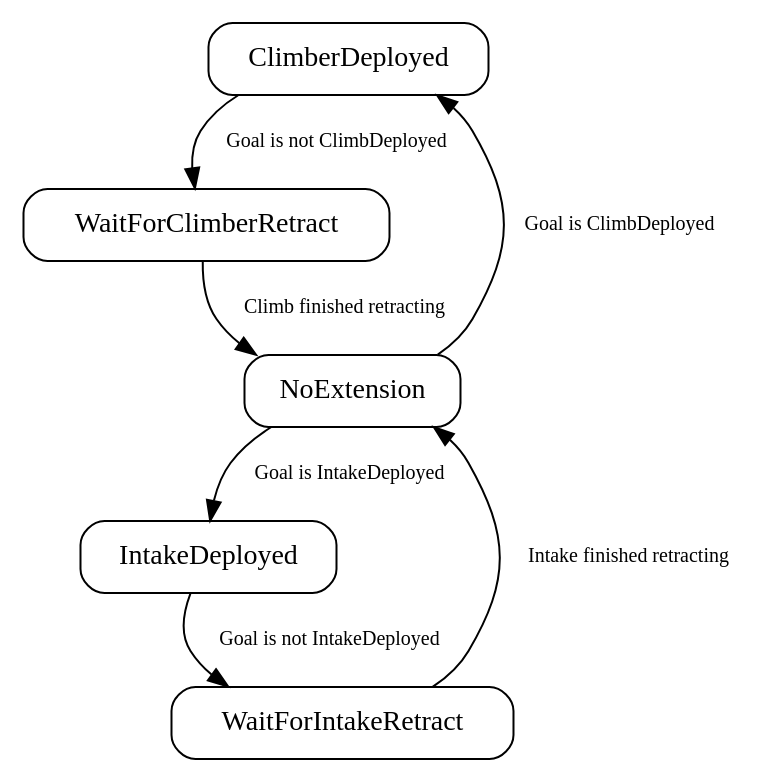
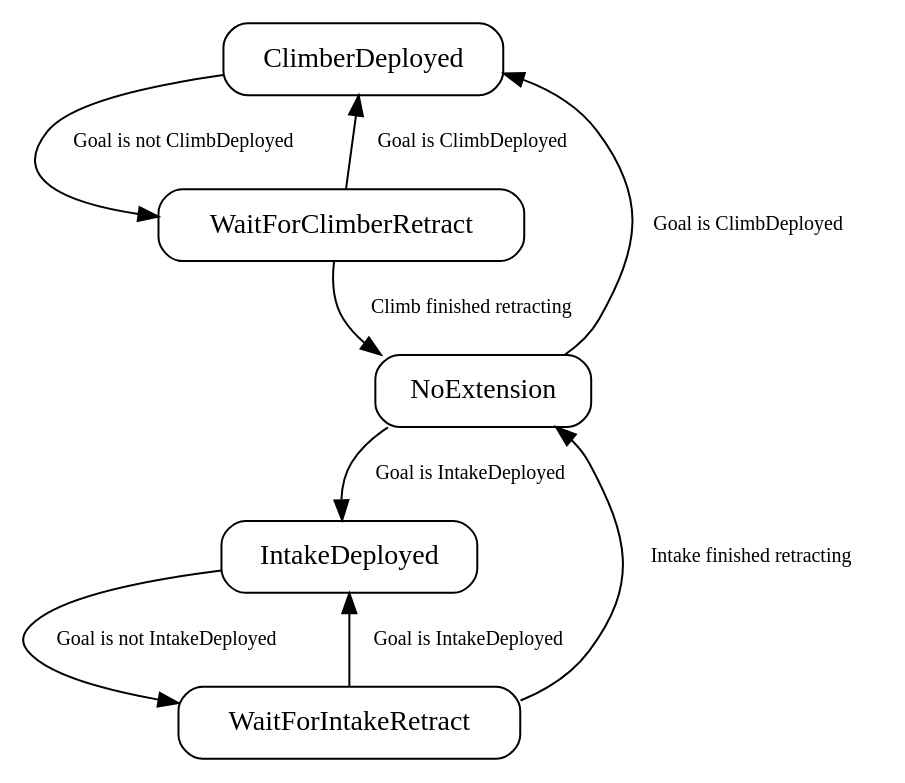
Before and after one commit to team401/2026-Robot-Code: the diagram in state_machine_graphs/coordination.dot, drawn with Graphviz.

Commit message:
updated state machine dot file

```diff
--- a/state_machine_graphs/coordination.dot
+++ b/state_machine_graphs/coordination.dot
@@ -1,36 +1,38 @@
 digraph {
 
   // Graphviz Format settings
 
   node [
     shape=box,
     style=rounded
   ];
 
   edge [
     fontsize=10
   ];
 
 
   // States
 
   ClimberDeployed ;
   WaitForClimberRetract ;
   NoExtension ;
   IntakeDeployed ;
   WaitForIntakeRetract ;
 
   // Transitions
 
   ClimberDeployed -> WaitForClimberRetract [label="Goal is not ClimbDeployed"];
 
   WaitForClimberRetract -> NoExtension [label="Climb finished retracting"];
+  WaitForClimberRetract -> ClimberDeployed [label="Goal is ClimbDeployed"];
 
   NoExtension -> IntakeDeployed [label="Goal is IntakeDeployed"];
   NoExtension -> ClimberDeployed [label="Goal is ClimbDeployed"];
 
   IntakeDeployed -> WaitForIntakeRetract [label="Goal is not IntakeDeployed"];
 
   WaitForIntakeRetract -> NoExtension [label="Intake finished retracting"];
+  WaitForIntakeRetract -> IntakeDeployed [label="Goal is IntakeDeployed"];
 
 }
```
